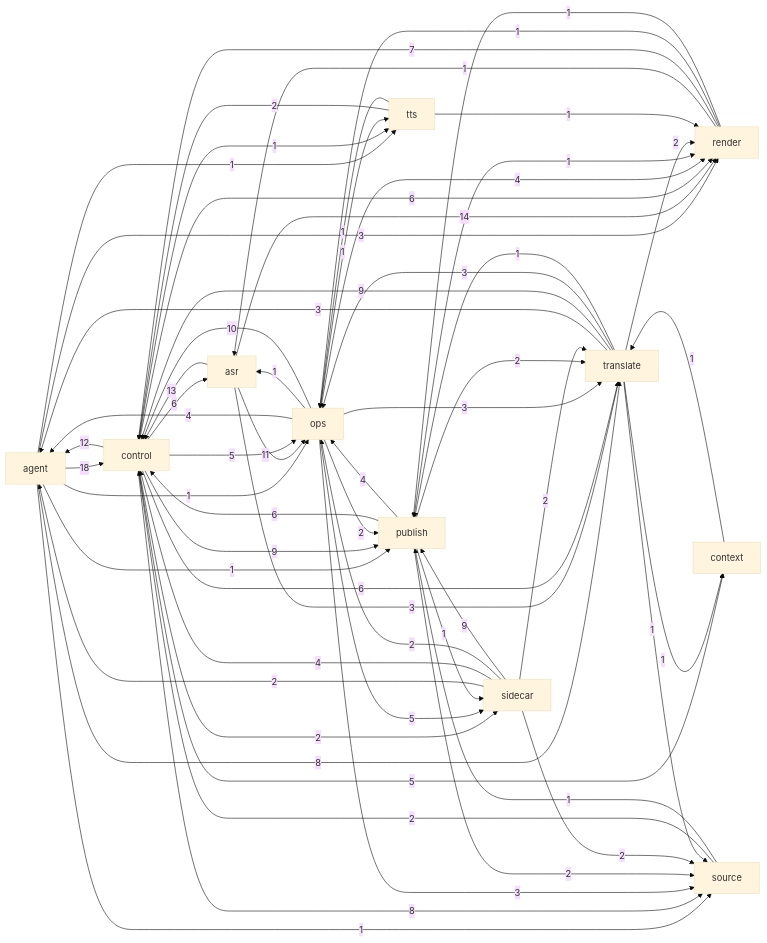
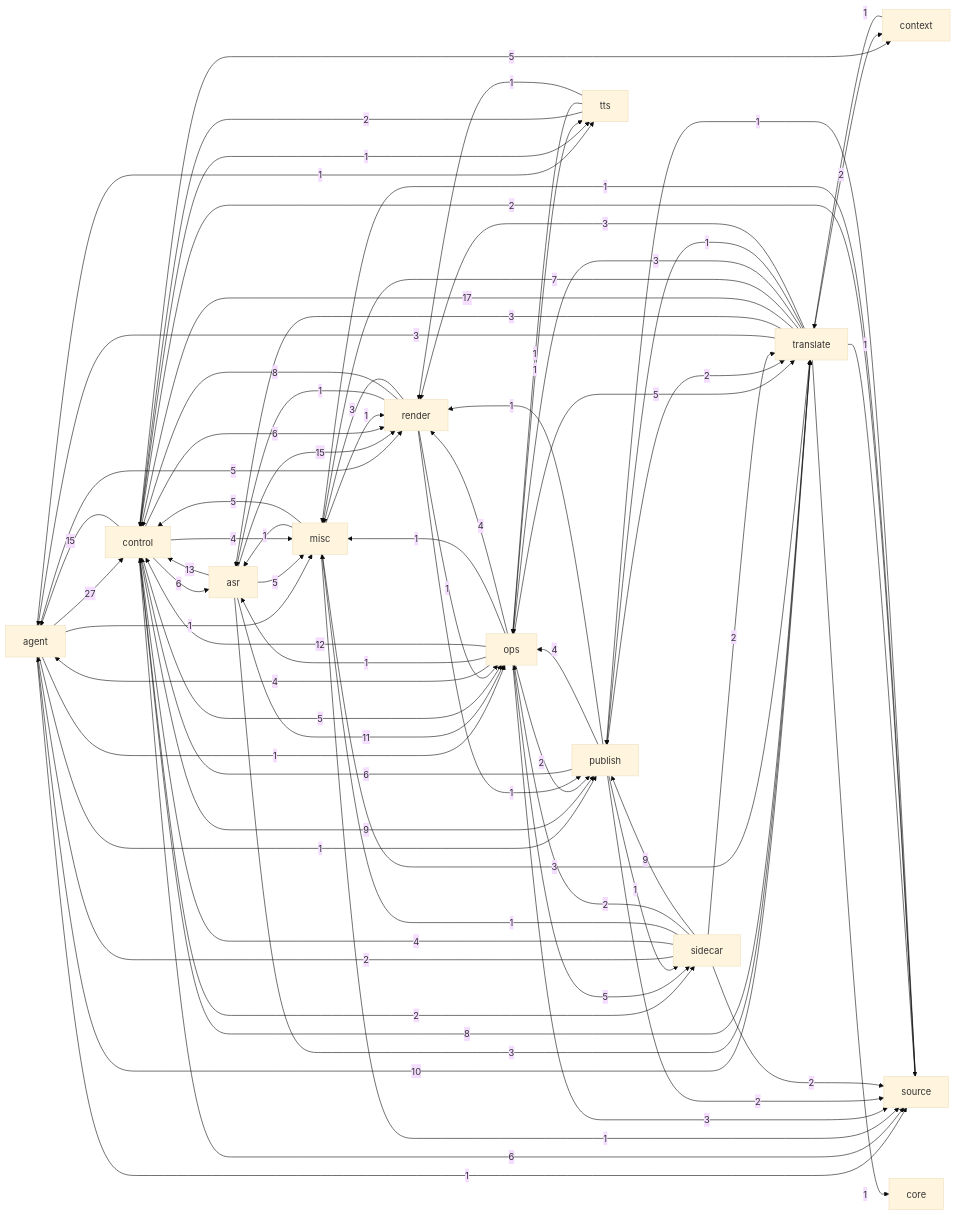
The diagram in docs/brain/generated/dependency-graph.md (kjza178/PineLineV4), drawn with Mermaid (base theme) before and after one commit. The commit also changed other lines of this file and 200 other files, not shown here.

````diff
--- a/docs/brain/generated/dependency-graph.md
+++ b/docs/brain/generated/dependency-graph.md
@@ -8,62 +8,77 @@
 ```mermaid
 flowchart LR
-  agent -->|18| control
+  agent -->|27| control
+  agent -->|1| misc
   agent -->|1| ops
   agent -->|1| publish
-  agent -->|3| render
+  agent -->|5| render
   agent -->|1| source
-  agent -->|8| translate
+  agent -->|10| translate
   agent -->|1| tts
   asr -->|13| control
+  asr -->|5| misc
   asr -->|11| ops
-  asr -->|14| render
+  asr -->|15| render
   asr -->|3| translate
   context -->|1| translate
-  control -->|12| agent
+  control -->|15| agent
   control -->|6| asr
   control -->|5| context
+  control -->|4| misc
   control -->|5| ops
   control -->|9| publish
   control -->|6| render
   control -->|2| sidecar
-  control -->|8| source
-  control -->|6| translate
+  control -->|6| source
+  control -->|8| translate
   control -->|1| tts
+  misc -->|1| asr
+  misc -->|5| control
+  misc -->|1| render
+  misc -->|1| source
+  misc -->|3| translate
   ops -->|4| agent
   ops -->|1| asr
-  ops -->|10| control
+  ops -->|12| control
+  ops -->|1| misc
   ops -->|2| publish
   ops -->|4| render
   ops -->|5| sidecar
   ops -->|3| source
-  ops -->|3| translate
+  ops -->|5| translate
   ops -->|1| tts
   publish -->|6| control
   publish -->|4| ops
   publish -->|1| render
   publish -->|1| sidecar
   publish -->|2| source
   publish -->|2| translate
   render -->|1| asr
-  render -->|7| control
+  render -->|8| control
+  render -->|3| misc
   render -->|1| ops
   render -->|1| publish
   sidecar -->|2| agent
   sidecar -->|4| control
+  sidecar -->|1| misc
   sidecar -->|2| ops
   sidecar -->|9| publish
   sidecar -->|2| source
   sidecar -->|2| translate
   source -->|2| control
+  source -->|1| misc
   source -->|1| publish
   translate -->|3| agent
-  translate -->|1| context
-  translate -->|9| control
+  translate -->|3| asr
+  translate -->|2| context
+  translate -->|17| control
+  translate -->|1| core
+  translate -->|7| misc
   translate -->|3| ops
   translate -->|1| publish
-  translate -->|2| render
+  translate -->|3| render
   translate -->|1| source
   tts -->|2| control
   tts -->|1| ops
   tts -->|1| render
 ```
````
